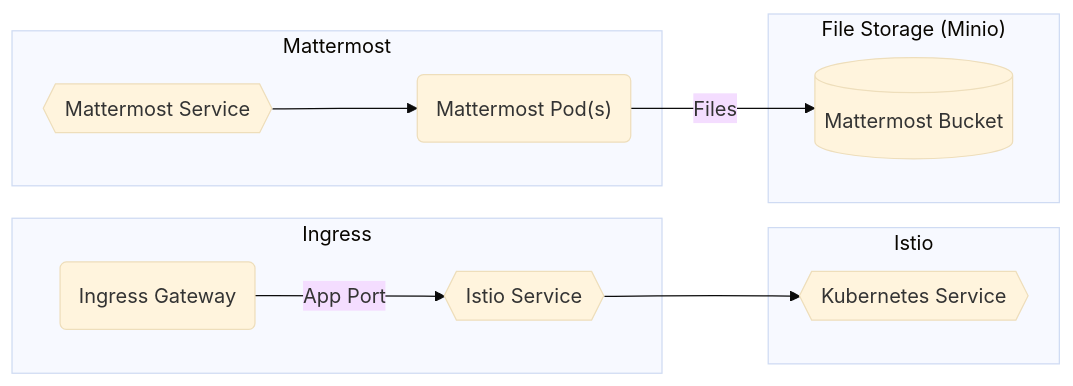
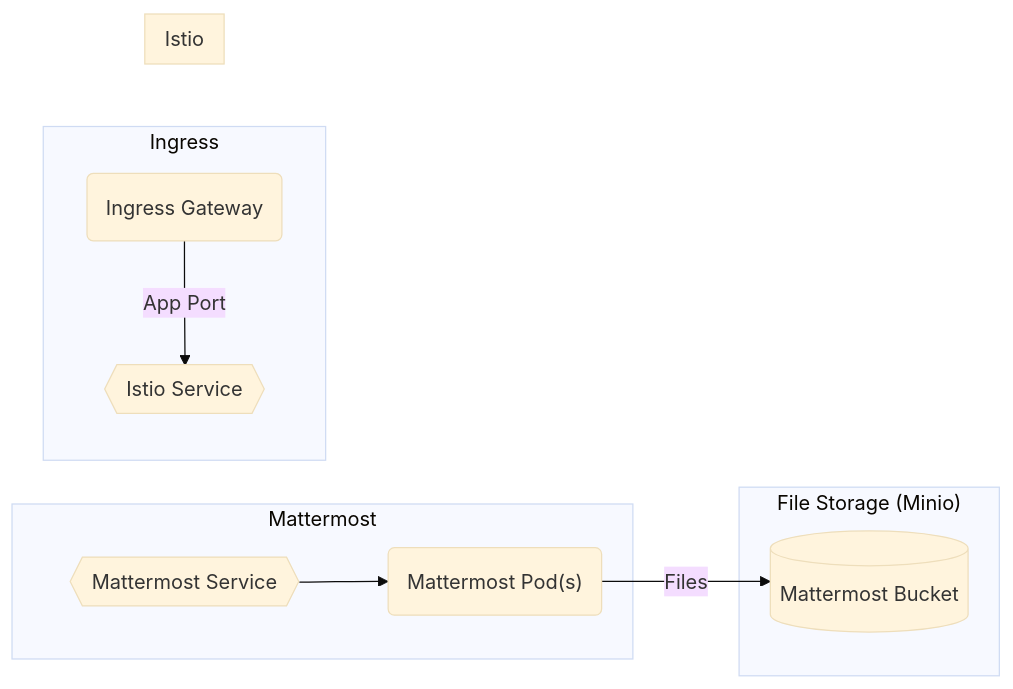
Before and after one commit to rjferguson21/big-bang: the diagram in charter/packages/minio/Architecture.md, drawn with Mermaid (base theme).

Commit message:
Playing in the dark

````diff
--- a/charter/packages/minio/Architecture.md
+++ b/charter/packages/minio/Architecture.md
@@ -12,19 +12,19 @@
 ```mermaid
 graph LR
   subgraph "Mattermost"
     mattermostpods("Mattermost Pod(s)")
     mmservice{{Mattermost Service}} --> mattermostpods("Mattermost Pod(s)")
   end      
 
   subgraph "Ingress"
     ig(Ingress Gateway) --"App Port"--> istservice
   end
 
   subgraph "Istio"
-    istservice{{Istio Service}} --> kubeservice{{Kubernetes Service}}
+    istservice{{Istio Service}}
   end
 
   subgraph "File Storage (Minio)"
     mattermostpods("Mattermost Pod(s)") --"Files"--> bucket[(Mattermost Bucket)]
   end
 ```
````
